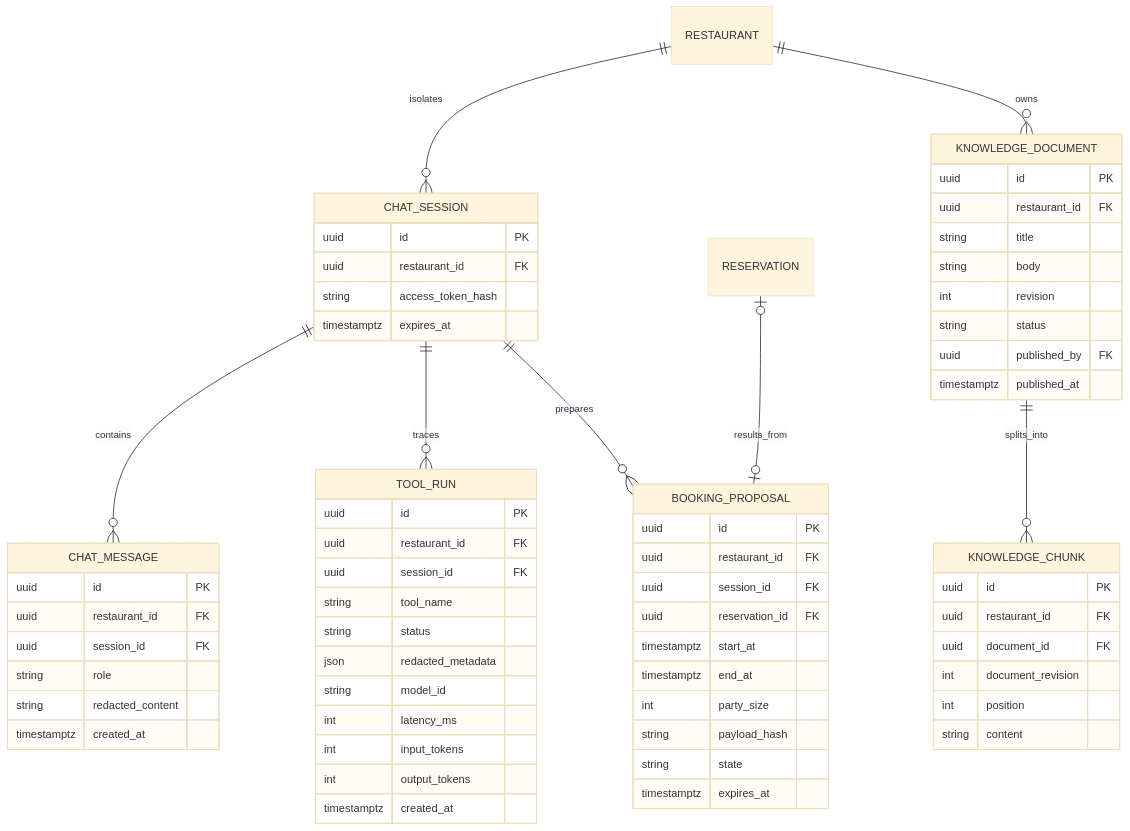
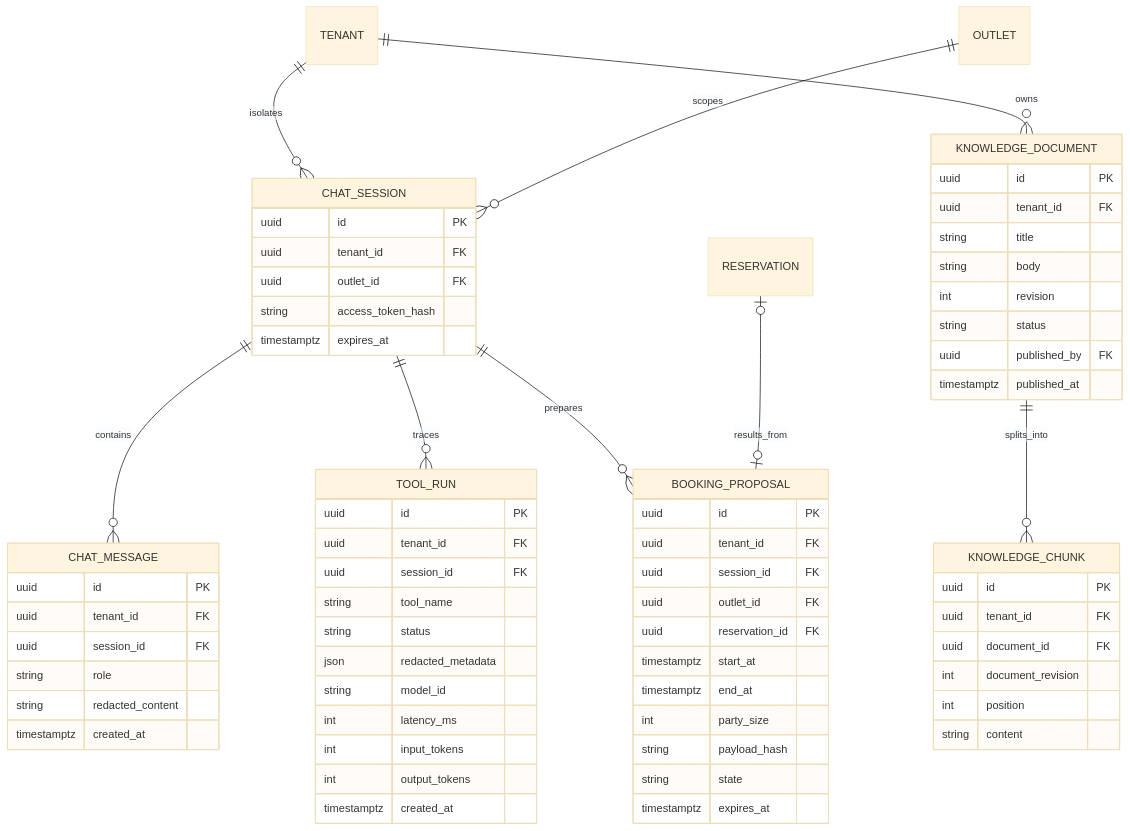
Before and after one commit to wisnufadhillah/Restaurant-Mulit-Tenant: the fifth of 10 diagrams in PRD — Restaurant Assistant MVP.md, drawn with Mermaid (base theme). The commit also changed other lines of this file and 1 other file, not shown here.

````diff
--- a/PRD — Restaurant Assistant MVP.md
+++ b/PRD — Restaurant Assistant MVP.md
@@ -358,68 +368,71 @@
 ```mermaid
 erDiagram
-    RESTAURANT ||--o{ CHAT_SESSION : isolates
+    TENANT ||--o{ CHAT_SESSION : isolates
+    OUTLET ||--o{ CHAT_SESSION : scopes
     CHAT_SESSION ||--o{ CHAT_MESSAGE : contains
     CHAT_SESSION ||--o{ TOOL_RUN : traces
     CHAT_SESSION ||--o{ BOOKING_PROPOSAL : prepares
     RESERVATION o|--o| BOOKING_PROPOSAL : results_from
-    RESTAURANT ||--o{ KNOWLEDGE_DOCUMENT : owns
+    TENANT ||--o{ KNOWLEDGE_DOCUMENT : owns
     KNOWLEDGE_DOCUMENT ||--o{ KNOWLEDGE_CHUNK : splits_into
 
     CHAT_SESSION {
         uuid id PK
-        uuid restaurant_id FK
+        uuid tenant_id FK
+        uuid outlet_id FK
         string access_token_hash
         timestamptz expires_at
     }
     CHAT_MESSAGE {
         uuid id PK
-        uuid restaurant_id FK
+        uuid tenant_id FK
         uuid session_id FK
         string role
         string redacted_content
         timestamptz created_at
     }
     TOOL_RUN {
         uuid id PK
-        uuid restaurant_id FK
+        uuid tenant_id FK
         uuid session_id FK
         string tool_name
         string status
         json redacted_metadata
         string model_id
         int latency_ms
         int input_tokens
         int output_tokens
         timestamptz created_at
     }
     BOOKING_PROPOSAL {
         uuid id PK
-        uuid restaurant_id FK
+        uuid tenant_id FK
         uuid session_id FK
+        uuid outlet_id FK
         uuid reservation_id FK
         timestamptz start_at
         timestamptz end_at
         int party_size
         string payload_hash
         string state
         timestamptz expires_at
     }
     KNOWLEDGE_DOCUMENT {
         uuid id PK
-        uuid restaurant_id FK
+        uuid tenant_id FK
         string title
         string body
         int revision
         string status
         uuid published_by FK
         timestamptz published_at
     }
     KNOWLEDGE_CHUNK {
         uuid id PK
-        uuid restaurant_id FK
+        uuid tenant_id FK
         uuid document_id FK
         int document_revision
         int position
         string content
     }
 ```
````
